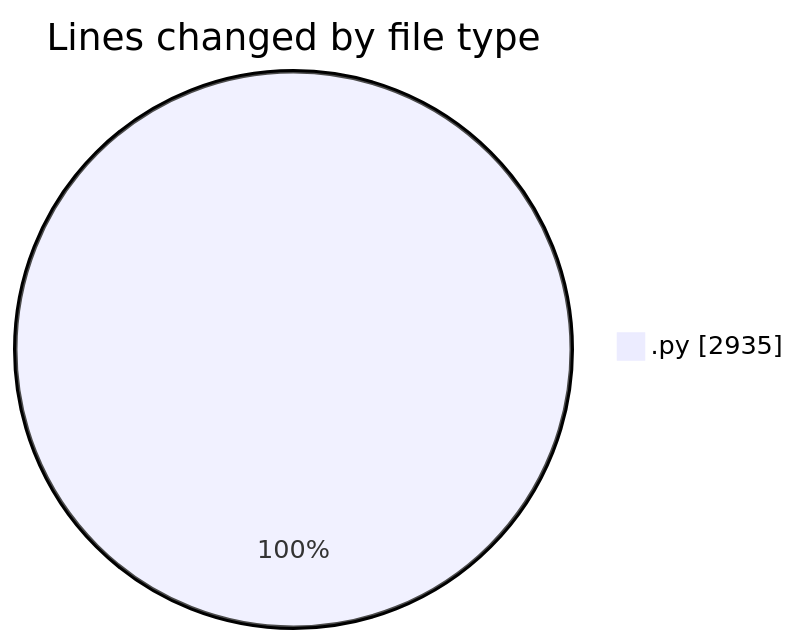
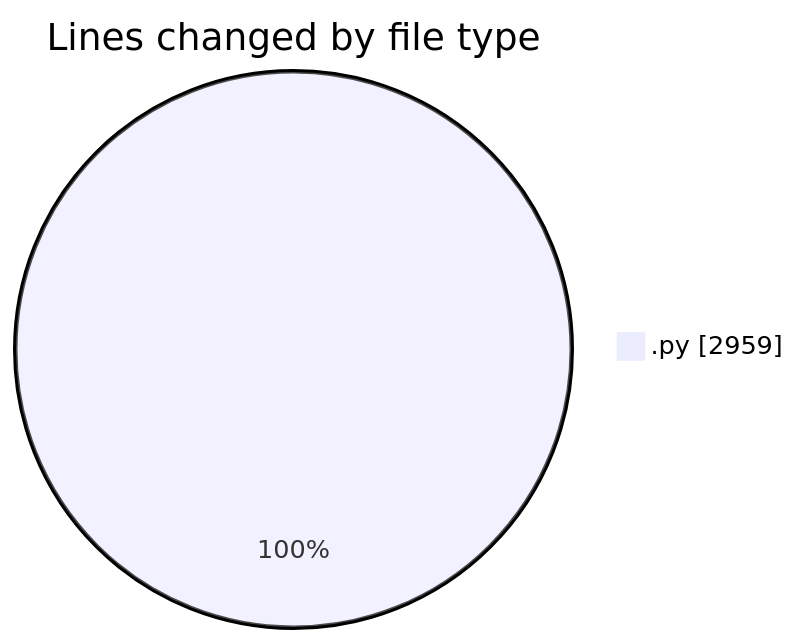
Before and after one commit to MatusMokan/code-tracking: the first of 2 diagrams in 2025-03-08/myws__workspace_/README.md, drawn with Mermaid. The commit also changed other lines of this file and 1 other file, not shown here.

````diff
--- a/2025-03-08/myws__workspace_/README.md
+++ b/2025-03-08/myws__workspace_/README.md
@@ -23,5 +23,5 @@
 ```mermaid
 pie showData
 title Lines changed by file type
-".py" : 2935
+".py" : 2959
 ```
````
